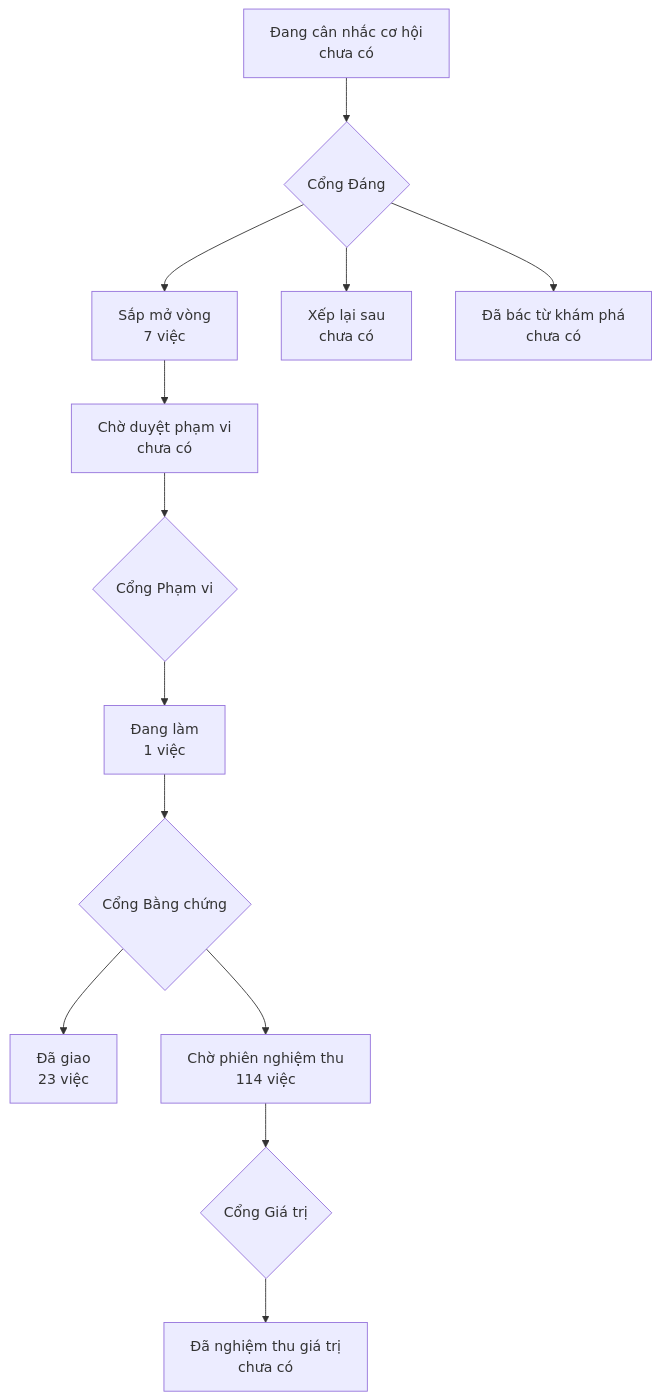
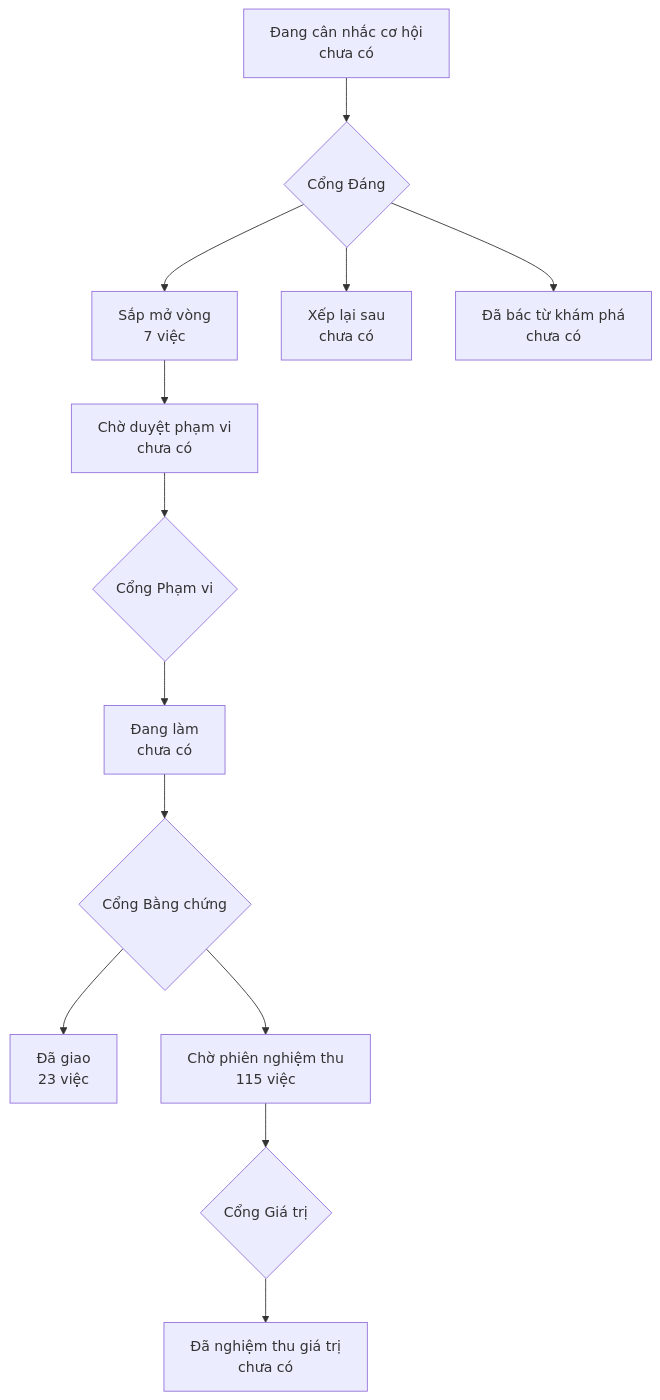
One commit to phanlemanh/onehub-quy-hang changed the diagram in PRODUCT-MAP.md. Above: the diagram before and after it, drawn with Mermaid. The commit also changed other lines of this file and 7 other files, not shown here.

````diff
--- a/PRODUCT-MAP.md
+++ b/PRODUCT-MAP.md
@@ -7,12 +7,12 @@
 ```mermaid
 flowchart TD
   A["Đang cân nhắc cơ hội<br/>chưa có"] --> GD{"Cổng Đáng"}
   GD --> B["Sắp mở vòng<br/>7 việc"]
   GD --> XL["Xếp lại sau<br/>chưa có"]
   GD --> DB["Đã bác từ khám phá<br/>chưa có"]
   B --> CD["Chờ duyệt phạm vi<br/>chưa có"] --> GP{"Cổng Phạm vi"}
-  GP --> DL["Đang làm<br/>1 việc"] --> GB{"Cổng Bằng chứng"}
+  GP --> DL["Đang làm<br/>chưa có"] --> GB{"Cổng Bằng chứng"}
   GB --> DG["Đã giao<br/>23 việc"]
-  GB --> CN["Chờ phiên nghiệm thu<br/>114 việc"] --> GG{"Cổng Giá trị"}
+  GB --> CN["Chờ phiên nghiệm thu<br/>115 việc"] --> GG{"Cổng Giá trị"}
   GG --> NT["Đã nghiệm thu giá trị<br/>chưa có"]
 ```
````
